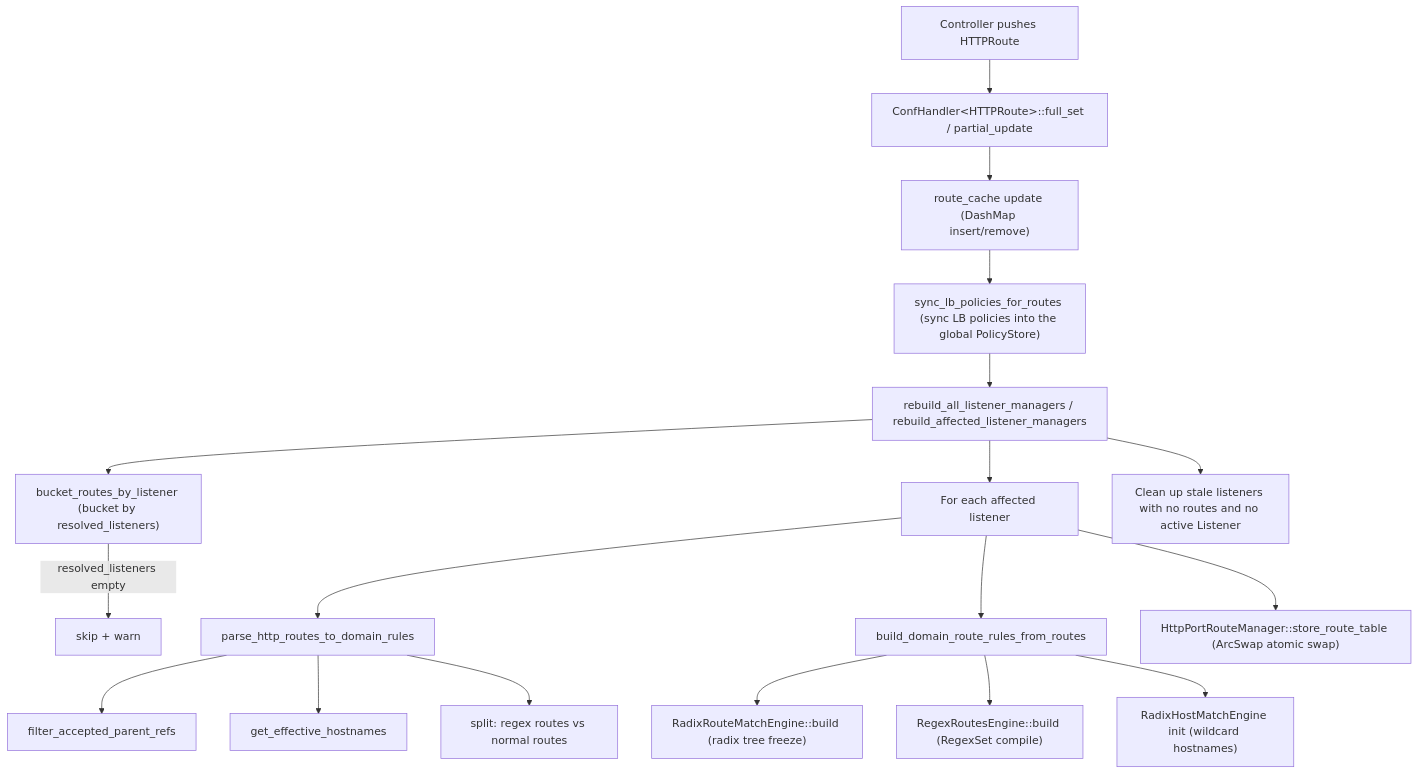
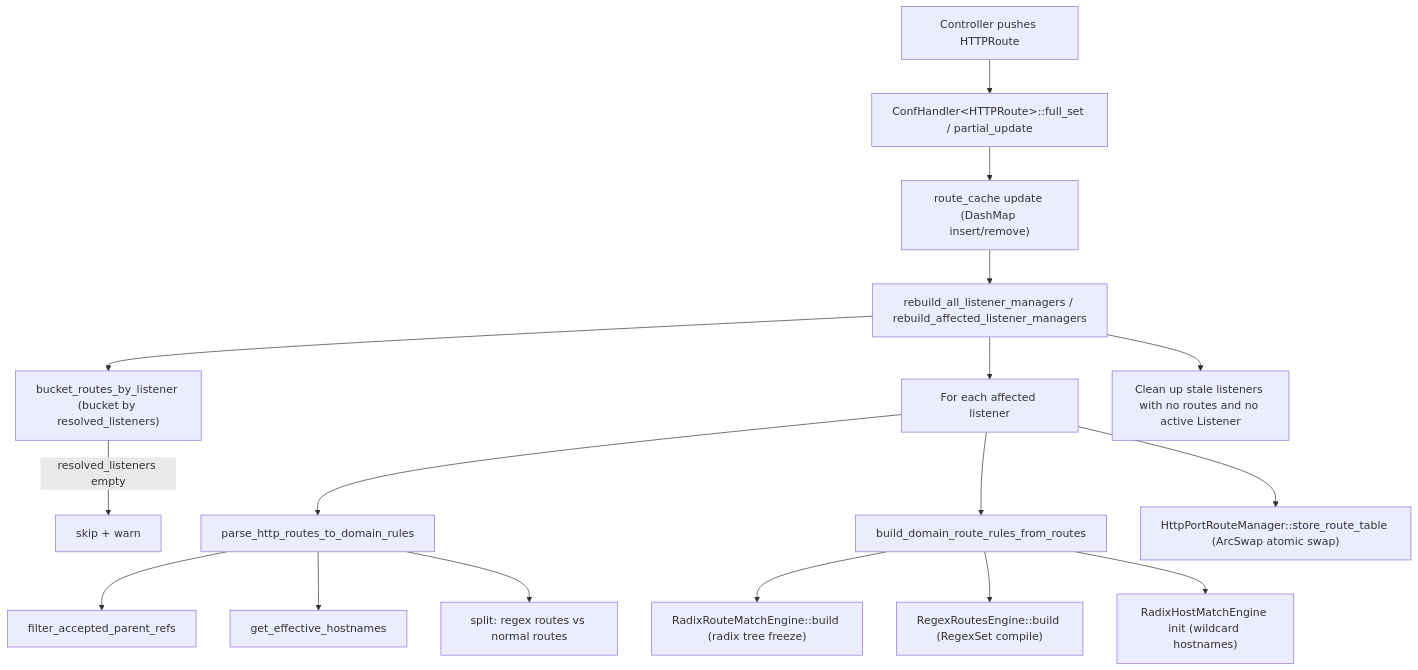
The second of 2 diagrams in skills/01-architecture/02-gateway/03-routes/SKILL.md (Pandaala/Edgion), drawn with Mermaid before and after one commit. The commit also changed other lines of this file and 2559 other files, not shown here.

````diff
--- a/skills/01-architecture/02-gateway/03-routes/SKILL.md
+++ b/skills/01-architecture/02-gateway/03-routes/SKILL.md
@@ -130,20 +131,19 @@
 ```mermaid
 flowchart TD
     A["Controller pushes HTTPRoute"] --> B["ConfHandler&lt;HTTPRoute&gt;::full_set / partial_update"]
     B --> C["route_cache update (DashMap insert/remove)"]
-    C --> D["sync_lb_policies_for_routes (sync LB policies into the global PolicyStore)"]
-    D --> E["rebuild_all_listener_managers / rebuild_affected_listener_managers"]
+    C --> E["rebuild_all_listener_managers / rebuild_affected_listener_managers"]
     E --> F["bucket_routes_by_listener (bucket by resolved_listeners)"]
     F -->|"resolved_listeners empty"| F1["skip + warn"]
     E --> G["For each affected listener"]
     G --> G1["parse_http_routes_to_domain_rules"]
     G1 --> G1a["filter_accepted_parent_refs"]
     G1 --> G1b["get_effective_hostnames"]
     G1 --> G1c["split: regex routes vs normal routes"]
     G --> G2["build_domain_route_rules_from_routes"]
     G2 --> G2a["RadixRouteMatchEngine::build (radix tree freeze)"]
     G2 --> G2b["RegexRoutesEngine::build (RegexSet compile)"]
     G2 --> G2c["RadixHostMatchEngine init (wildcard hostnames)"]
     G --> G3["HttpPortRouteManager::store_route_table (ArcSwap atomic swap)"]
     E --> H["Clean up stale listeners with no routes and no active Listener"]
 ```
````
